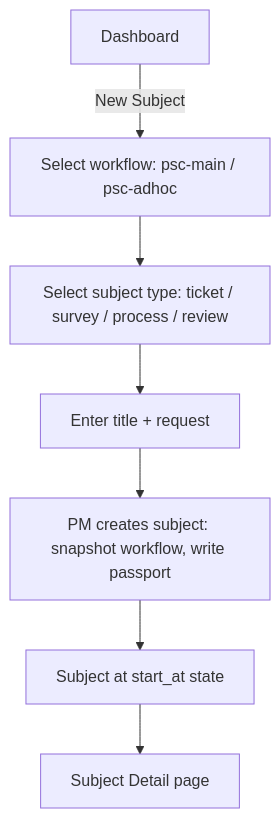
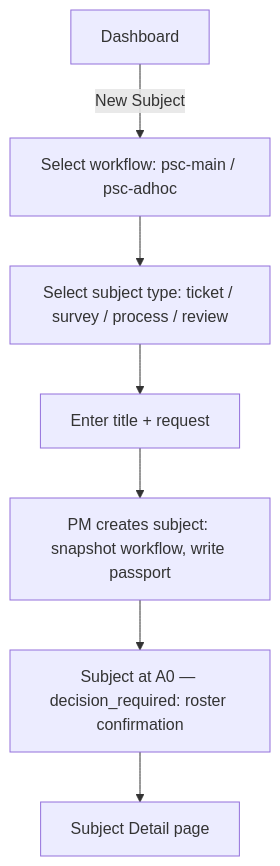
Before and after one commit to jeanboutros/psc: the fourth of 4 diagrams in docs/design/workflow-design/05-ui-ux.md, drawn with Mermaid. The commit also changed other lines of this file and 11 other files, not shown here.

````diff
--- a/docs/design/workflow-design/05-ui-ux.md
+++ b/docs/design/workflow-design/05-ui-ux.md
@@ -264,9 +285,9 @@
 ```mermaid
 flowchart TD
     D[Dashboard] -->|New Subject| WF[Select workflow: psc-main / psc-adhoc]
     WF --> TY[Select subject type: ticket / survey / process / review]
     TY --> TI[Enter title + request]
     TI --> CR[PM creates subject: snapshot workflow, write passport]
-    CR --> A0[Subject at start_at state]
+    CR --> A0[Subject at A0 — decision_required: roster confirmation]
     A0 --> SD[Subject Detail page]
 ```
````
